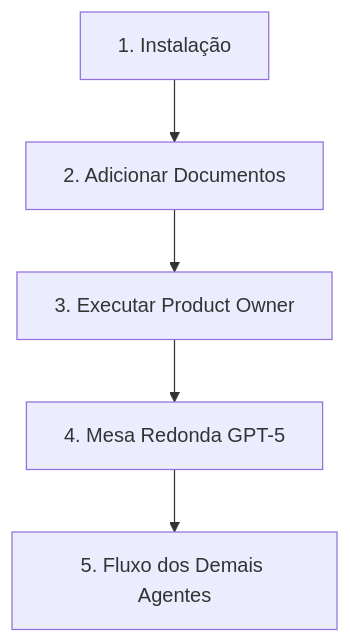
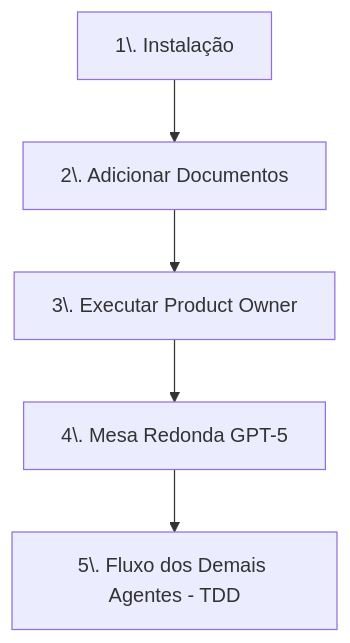
Before and after one commit to eliterickytech/WorkflowAgentsAI: the diagram in docs/fluxo-completo.md, drawn with Mermaid. The commit also changed other lines of this file and 170 other files, not shown here.

````diff
--- a/docs/fluxo-completo.md
+++ b/docs/fluxo-completo.md
@@ -5,7 +5,7 @@
 ```mermaid
 graph TD
-    A[1. Instalação] --> B[2. Adicionar Documentos]
-    B --> C[3. Executar Product Owner]
-    C --> D[4. Mesa Redonda GPT-5]
-    D --> E[5. Fluxo dos Demais Agentes]
+    A[1\. Instalação] --> B[2\. Adicionar Documentos]
+    B --> C[3\. Executar Product Owner]
+    C --> D[4\. Mesa Redonda GPT-5]
+    D --> E[5\. Fluxo dos Demais Agentes - TDD]
 ```
````
